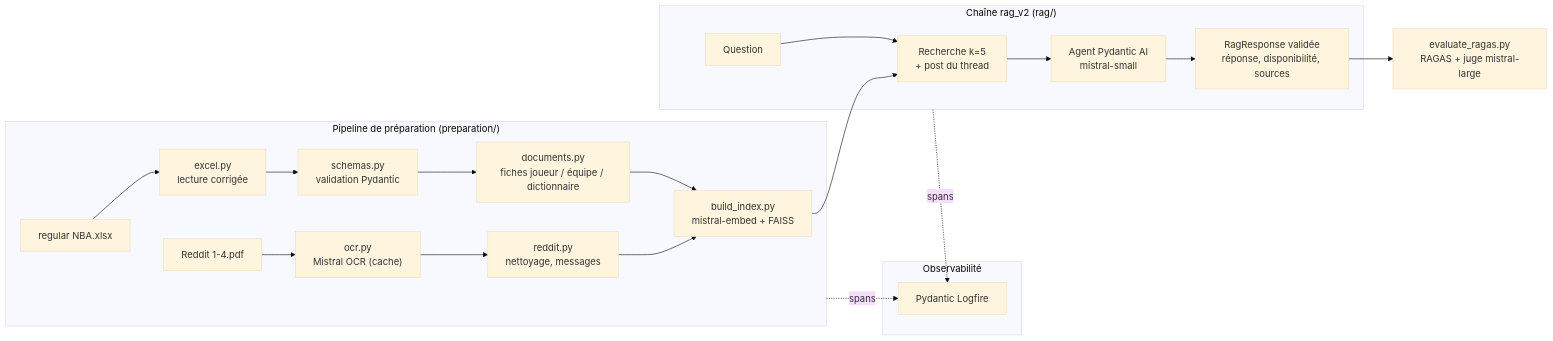
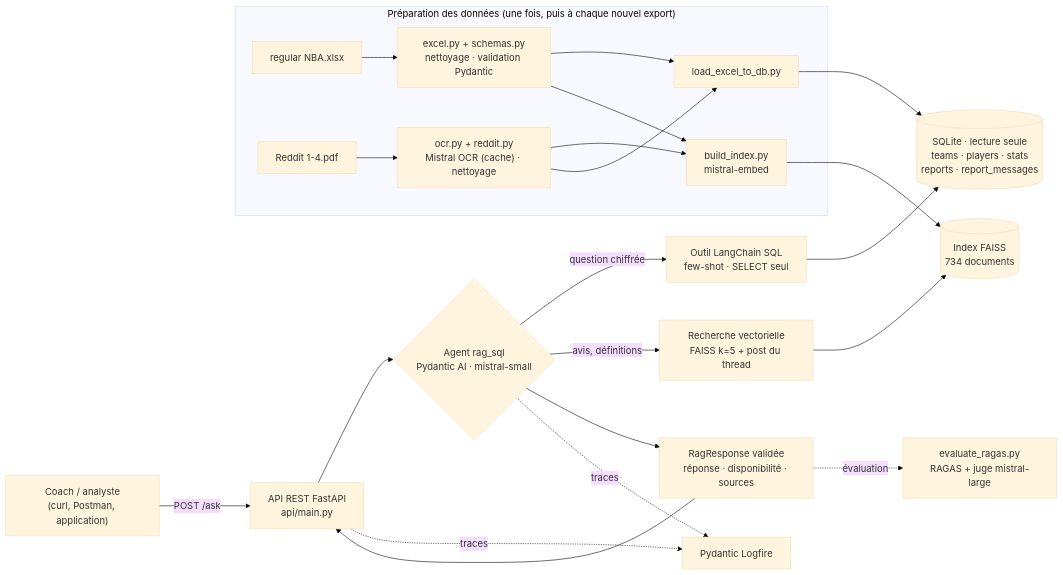
One commit to maximebarbier01/sportsee-llm-eval changed the diagram in README.md. Above: the diagram before and after it, drawn with Mermaid (base theme). The commit also changed other lines of this file and 5 other files, not shown here.

First line of the commit message:
feat: API REST FastAPI exposant l'assistant (/ask, /health, /docs)

````diff
--- a/README.md
+++ b/README.md
@@ -53,24 +53,26 @@
 ```mermaid
 flowchart LR
-    subgraph Préparation["Pipeline de préparation (preparation/)"]
-        XL["regular NBA.xlsx"] --> EX["excel.py<br/>lecture corrigée"]
-        EX --> PY["schemas.py<br/>validation Pydantic"]
-        PY --> DOC["documents.py<br/>fiches joueur / équipe / dictionnaire"]
-        PDF["Reddit 1-4.pdf"] --> OCR["ocr.py<br/>Mistral OCR (cache)"]
-        OCR --> RD["reddit.py<br/>nettoyage, messages"]
-        DOC --> IDX["build_index.py<br/>mistral-embed + FAISS"]
-        RD --> IDX
+    U["Coach / analyste<br/>(curl, Postman, application)"] -->|"POST /ask"| API["API REST FastAPI<br/>api/main.py"]
+    API --> AG{"Agent rag_sql<br/>Pydantic AI · mistral-small"}
+    AG -->|"question chiffrée"| SQLT["Outil LangChain SQL<br/>few-shot · SELECT seul"]
+    AG -->|"avis, définitions"| RET["Recherche vectorielle<br/>FAISS k=5 + post du thread"]
+    SQLT --> DB[("SQLite · lecture seule<br/>teams · players · stats<br/>reports · report_messages")]
+    RET --> IDX[("Index FAISS<br/>734 documents")]
+    AG --> OUT["RagResponse validée<br/>réponse · disponibilité · sources"]
+    OUT --> API
+
+    subgraph PREP["Préparation des données (une fois, puis à chaque nouvel export)"]
+        XL["regular NBA.xlsx"] --> VAL["excel.py + schemas.py<br/>nettoyage · validation Pydantic"]
+        PDF["Reddit 1-4.pdf"] --> OCR["ocr.py + reddit.py<br/>Mistral OCR (cache) · nettoyage"]
+        VAL --> LOAD["load_excel_to_db.py"]
+        VAL --> BI["build_index.py<br/>mistral-embed"]
+        OCR --> BI
+        OCR --> LOAD
     end
-    subgraph RAG["Chaîne rag_v2 (rag/)"]
-        Q["Question"] --> RET["Recherche k=5<br/>+ post du thread"]
-        IDX --> RET
-        RET --> AG["Agent Pydantic AI<br/>mistral-small"]
-        AG --> OUT["RagResponse validée<br/>réponse, disponibilité, sources"]
-    end
-    subgraph Obs["Observabilité"]
-        LF["Pydantic Logfire"]
-    end
-    Préparation -. spans .-> LF
-    RAG -. spans .-> LF
-    OUT --> EV["evaluate_ragas.py<br/>RAGAS + juge mistral-large"]
+    LOAD --> DB
+    BI --> IDX
+
+    API -. traces .-> LF["Pydantic Logfire"]
+    AG -. traces .-> LF
+    OUT -. évaluation .-> EV["evaluate_ragas.py<br/>RAGAS + juge mistral-large"]
 ```
````
